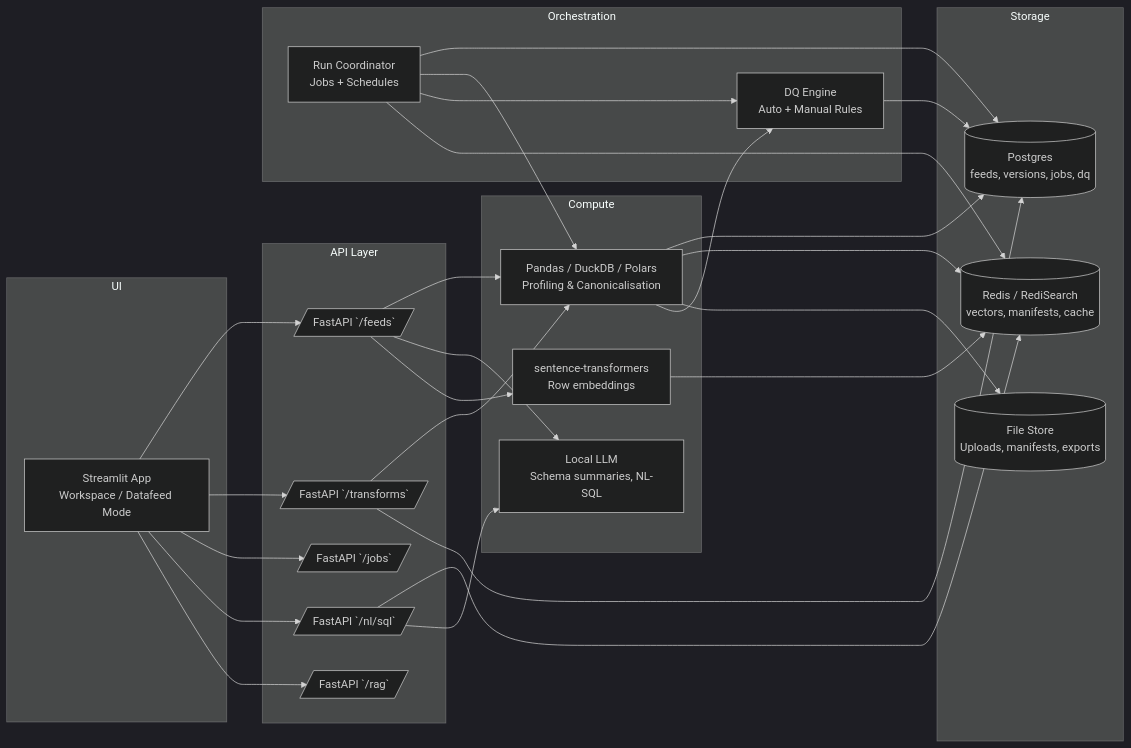
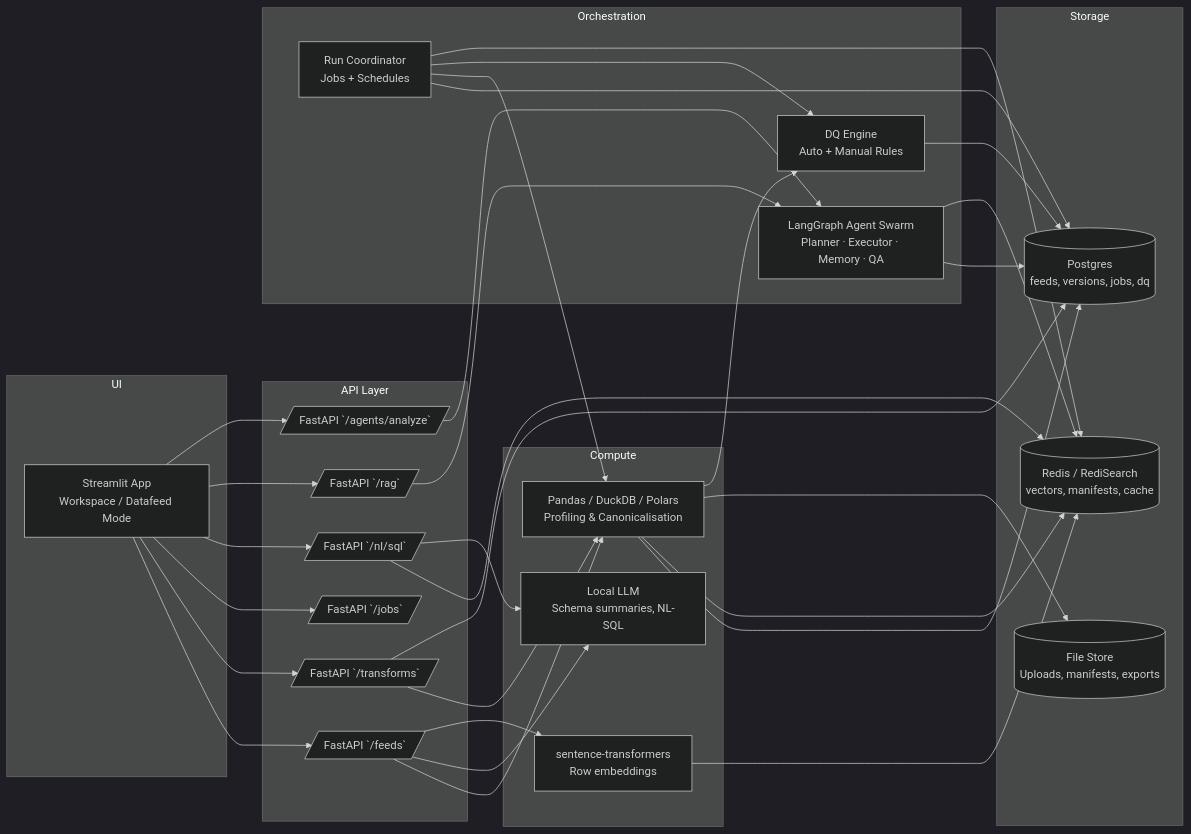
The first of 3 diagrams in docs/datafeed_roadmap.md (dannyalaska/dawn), drawn with Mermaid (dark theme) before and after one commit. The commit also changed other lines of this file and 25 other files, not shown here.

````diff
--- a/docs/datafeed_roadmap.md
+++ b/docs/datafeed_roadmap.md
@@ -5,59 +5,66 @@
 ```mermaid
 graph LR
     subgraph UI
         ST[Streamlit App<br/>Workspace / Datafeed Mode]
     end
 
     subgraph API Layer
         FEEDS[/FastAPI `/feeds`/]
         TRANSFORMS[/FastAPI `/transforms`/]
         JOBS[/FastAPI `/jobs`/]
         NLSQL[/FastAPI `/nl/sql`/]
         RAGAPI[/FastAPI `/rag`/]
+        AGENTS[/FastAPI `/agents/analyze`/]
     end
 
     subgraph Orchestration
         RUNNER[Run Coordinator<br/>Jobs + Schedules]
         DQ[DQ Engine<br/>Auto + Manual Rules]
+        SWARM[LangGraph Agent Swarm<br/>Planner · Executor · Memory · QA]
     end
 
     subgraph Storage
         PG[(Postgres<br/>feeds, versions, jobs, dq)]
         REDIS[(Redis / RediSearch<br/>vectors, manifests, cache)]
         OBJ[(File Store<br/>Uploads, manifests, exports)]
     end
 
     subgraph Compute
         PROFILE[Pandas / DuckDB / Polars<br/>Profiling & Canonicalisation]
         LLM[Local LLM<br/>Schema summaries, NL-SQL]
         EMBED[sentence-transformers<br/>Row embeddings]
     end
 
     ST --> FEEDS
     ST --> TRANSFORMS
     ST --> JOBS
     ST --> NLSQL
     ST --> RAGAPI
+    ST --> AGENTS
 
     FEEDS --> PROFILE
     PROFILE --> PG
     PROFILE --> REDIS
     PROFILE --> OBJ
     PROFILE --> DQ
 
     FEEDS --> LLM
     FEEDS --> EMBED
     EMBED --> REDIS
 
     DQ --> PG
     RUNNER --> PG
     RUNNER --> PROFILE
     RUNNER --> DQ
     RUNNER --> REDIS
+    SWARM --> PG
+    SWARM --> REDIS
+    AGENTS --> SWARM
 
     TRANSFORMS --> PROFILE
     TRANSFORMS --> PG
 
     NLSQL --> REDIS
     NLSQL --> LLM
+    RAGAPI --> SWARM
 ```
````
